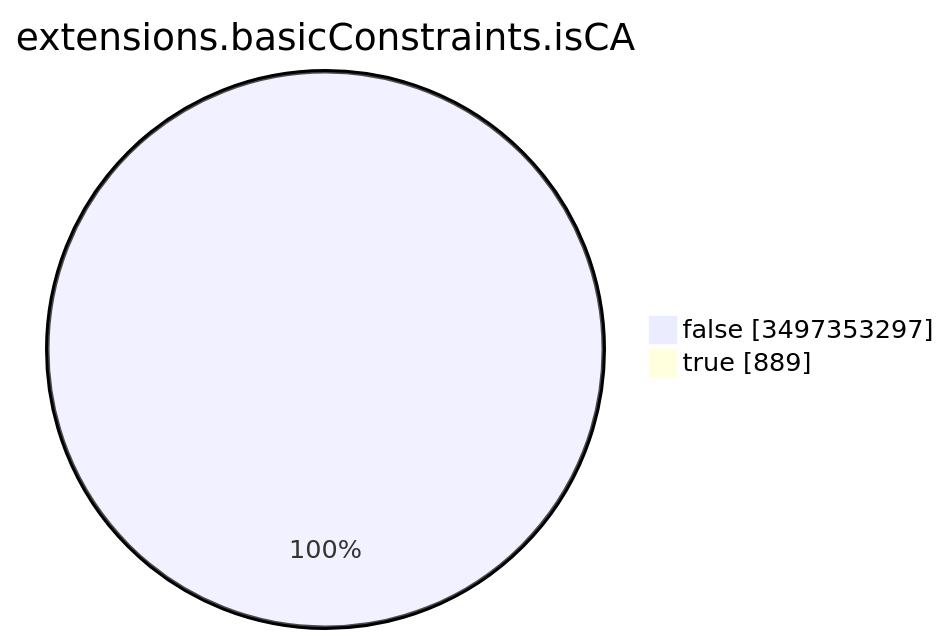
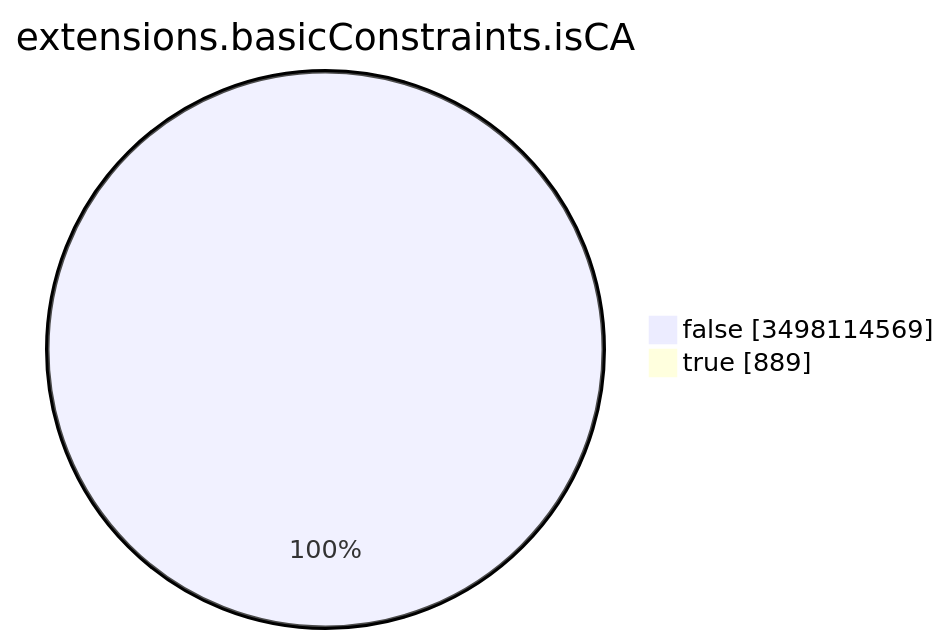
One commit to christiankrug/ctmonitor_visualization changed the seventh of 15 diagrams in TOTAL/README.md. Above: the diagram before and after it, drawn with Mermaid. The commit also changed other lines of this file, not shown here.

````diff
--- a/TOTAL/README.md
+++ b/TOTAL/README.md
@@ -3093,6 +3093,6 @@
 ```mermaid
 pie showData
 title extensions.basicConstraints.isCA
-"false" :3497353297
+"false" :3498114569
 "true" :889
 ```
````
